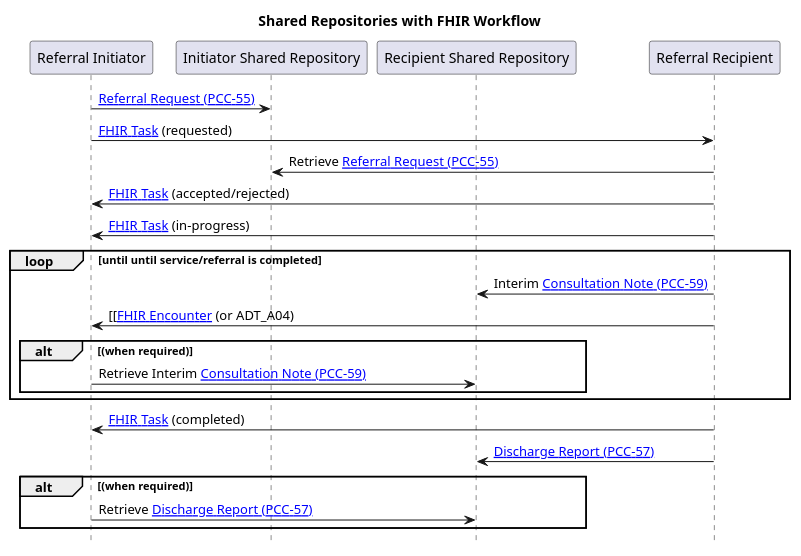
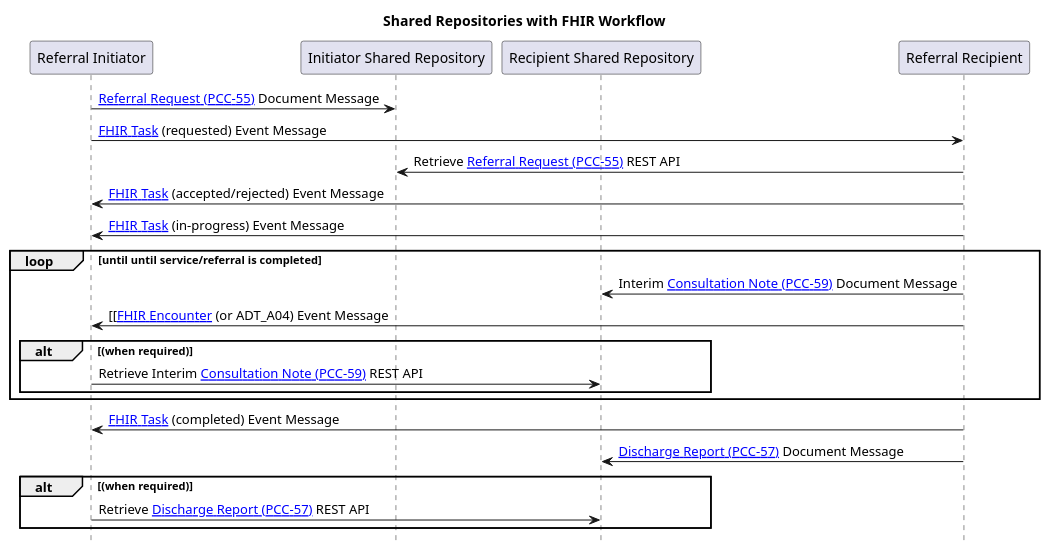
Before and after one commit to Virtually-Healthcare/virtually-healthcare.github.com: the diagram in input/images-source/eReferral-fhir-sequence.plantuml, drawn with PlantUML. The commit also changed 2 other files, not shown here.

```diff
--- a/input/images-source/eReferral-fhir-sequence.plantuml
+++ b/input/images-source/eReferral-fhir-sequence.plantuml
@@ -1,30 +1,30 @@
 @startuml
 
 
 title "Shared Repositories with FHIR Workflow"
 
 hide footbox
 
 participant "Referral Initiator" as placer
 participant "Initiator Shared Repository" as cdri
 participant "Recipient Shared Repository" as cdrr
 participant "Referral Recipient" as filler
 
-placer -> cdri : [[I12.html Referral Request (PCC-55)]]
-placer -> filler: [[StructureDefinition-Task.html FHIR Task]] (requested)
-filler -> cdri: Retrieve [[I12.html Referral Request (PCC-55)]]
-filler -> placer: [[StructureDefinition-Task.html FHIR Task]] (accepted/rejected)
-filler -> placer: [[StructureDefinition-Task.html FHIR Task]] (in-progress)
+placer -> cdri : [[I12.html Referral Request (PCC-55)]] Document Message
+placer -> filler: [[StructureDefinition-Task.html FHIR Task]] (requested) Event Message
+filler -> cdri: Retrieve [[I12.html Referral Request (PCC-55)]] REST API
+filler -> placer: [[StructureDefinition-Task.html FHIR Task]] (accepted/rejected) Event Message
+filler -> placer: [[StructureDefinition-Task.html FHIR Task]] (in-progress) Event Message
 loop until until service/referral is completed
-filler -> cdrr:  Interim [[A04.html Consultation Note (PCC-59)]]
-filler -> placer: [[[[StructureDefinition-Encounter.html FHIR Encounter]] (or ADT_A04)
+filler -> cdrr:  Interim [[A04.html Consultation Note (PCC-59)]] Document Message
+filler -> placer: [[[[StructureDefinition-Encounter.html FHIR Encounter]] (or ADT_A04) Event Message
 alt (when required)
-placer -> cdrr: Retrieve Interim [[A04.html Consultation Note (PCC-59)]]
+placer -> cdrr: Retrieve Interim [[A04.html Consultation Note (PCC-59)]] REST API
 end
 end
-filler -> placer: [[StructureDefinition-Task.html FHIR Task]] (completed)
-filler -> cdrr: [[A03.html Discharge Report (PCC-57)]]
+filler -> placer: [[StructureDefinition-Task.html FHIR Task]] (completed) Event Message
+filler -> cdrr: [[A03.html Discharge Report (PCC-57)]] Document Message
 alt (when required)
-placer -> cdrr: Retrieve [[A03.html Discharge Report (PCC-57)]]
+placer -> cdrr: Retrieve [[A03.html Discharge Report (PCC-57)]] REST API
 end
 @enduml
```
